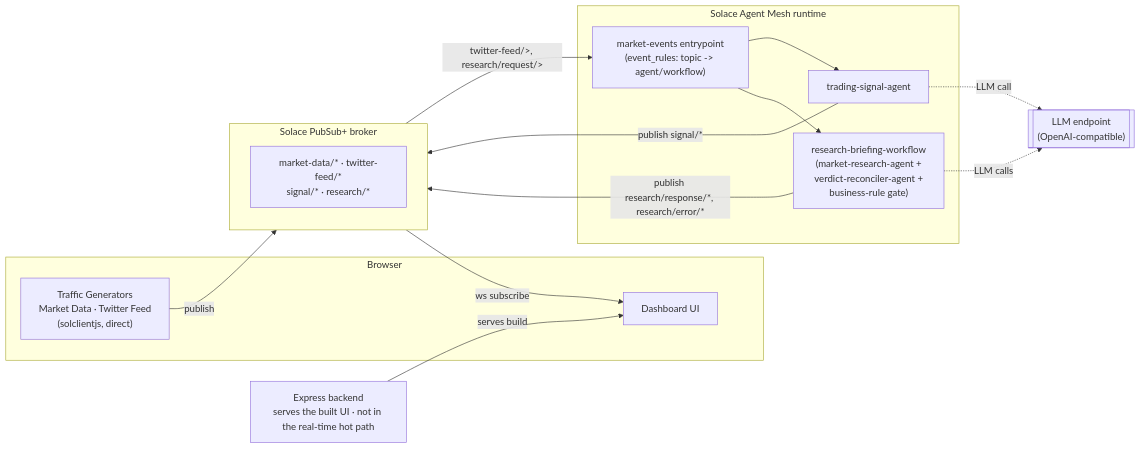
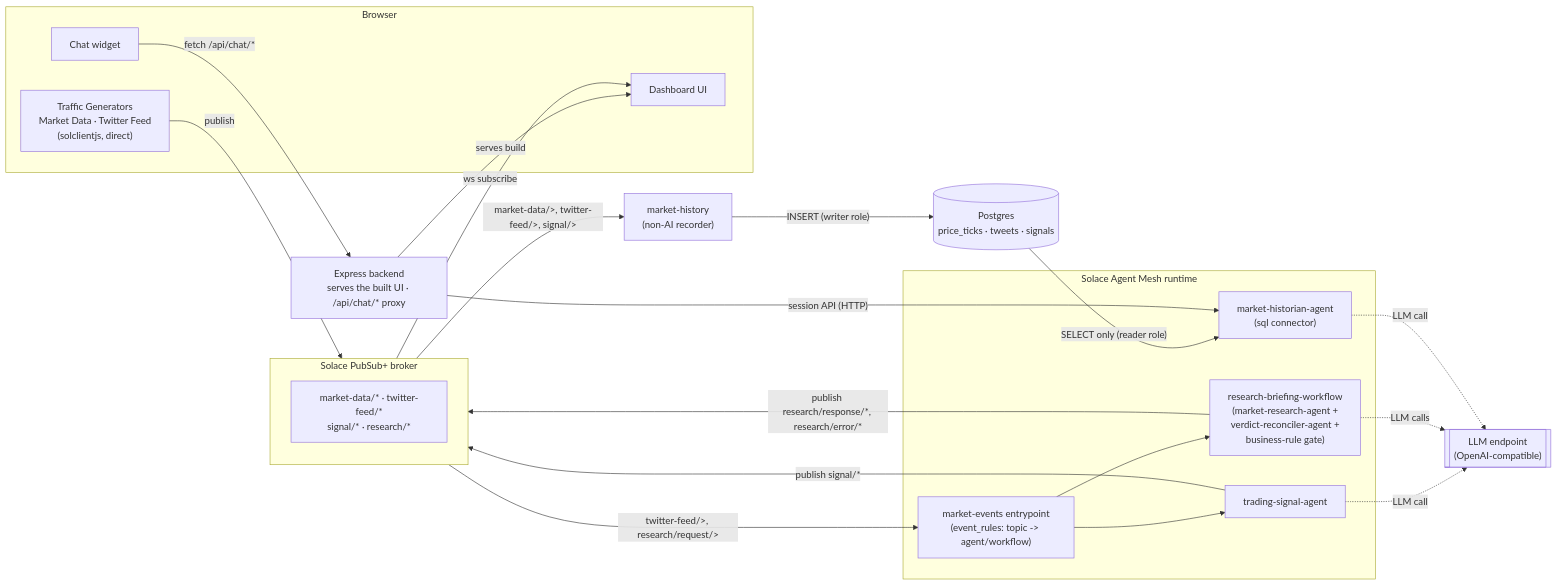
The first of 5 diagrams in README.md (himoacs/trading-dashboard-solace), drawn with Mermaid before and after one commit. The commit also changed other lines of this file and 19 other files, not shown here.

First line of the commit message:
Record market history to Postgres and add a SAM chat window to the dashboard

````diff
--- a/README.md
+++ b/README.md
@@ -127,32 +142,44 @@
 ```mermaid
 flowchart LR
     subgraph Browser["Browser"]
         UI["Dashboard UI"]
         TG["Traffic Generators<br/>Market Data · Twitter Feed<br/>(solclientjs, direct)"]
+        CW["Chat widget"]
     end
 
-    Backend["Express backend<br/>serves the built UI · not in the real-time hot path"]
+    Backend["Express backend<br/>serves the built UI · /api/chat/* proxy"]
 
     subgraph Broker["Solace PubSub+ broker"]
         Topics["market-data/* · twitter-feed/*<br/>signal/* · research/*"]
     end
 
+    MH["market-history<br/>(non-AI recorder)"]
+    PG[("Postgres<br/>price_ticks · tweets · signals")]
+
     subgraph SAM["Solace Agent Mesh runtime"]
         EP["market-events entrypoint<br/>(event_rules: topic -> agent/workflow)"]
         A1["trading-signal-agent"]
         WF["research-briefing-workflow<br/>(market-research-agent +<br/>verdict-reconciler-agent +<br/>business-rule gate)"]
+        HA["market-historian-agent<br/>(sql connector)"]
     end
 
     LLM[["LLM endpoint<br/>(OpenAI-compatible)"]]
 
     Backend -- serves build --> UI
     TG -- publish --> Broker
     Broker -- "ws subscribe" --> UI
     Broker -- "twitter-feed/&gt;, research/request/&gt;" --> EP
     EP --> A1
     EP --> WF
     A1 -- "publish signal/*" --> Broker
     WF -- "publish research/response/*, research/error/*" --> Broker
     A1 -. LLM call .-> LLM
     WF -. LLM calls .-> LLM
+
+    Broker -- "market-data/&gt;, twitter-feed/&gt;, signal/&gt;" --> MH
+    MH -- "INSERT (writer role)" --> PG
+    PG -- "SELECT only (reader role)" --> HA
+    CW -- "fetch /api/chat/*" --> Backend
+    Backend -- "session API (HTTP)" --> HA
+    HA -. LLM call .-> LLM
 ```
````
